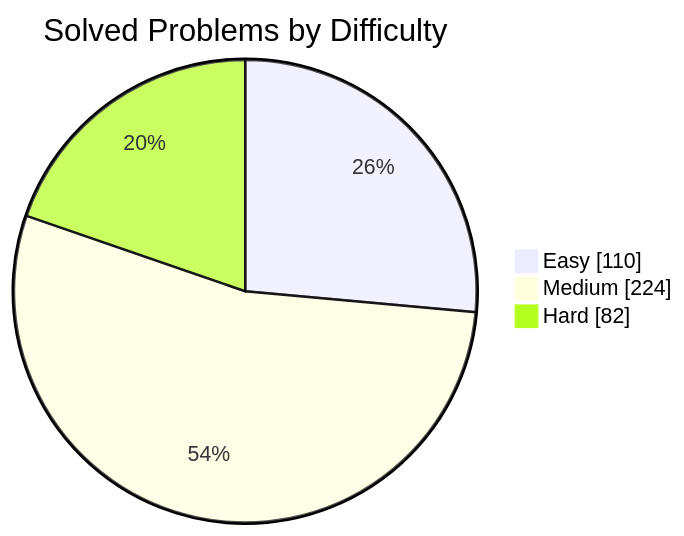
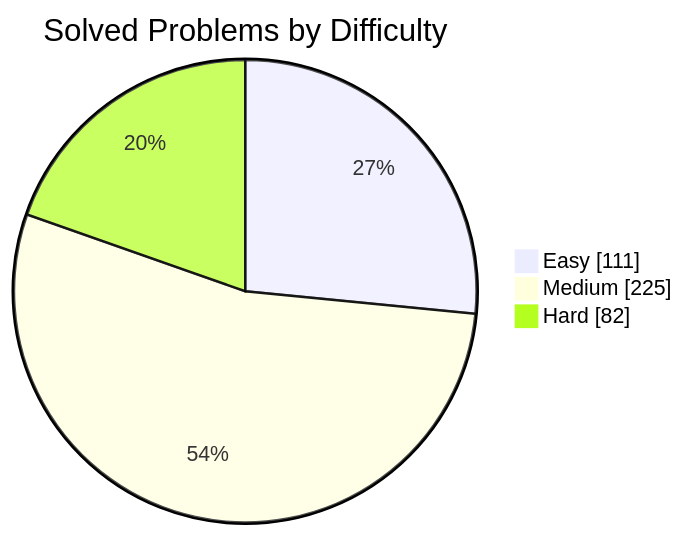
One commit to manikantbindass/DSA-Preparation-FAANG changed the first of 2 diagrams in README.md. Above: the diagram before and after it, drawn with Mermaid. The commit also changed other lines of this file and 1 other file, not shown here.

````diff
--- a/README.md
+++ b/README.md
@@ -77,7 +77,7 @@
 ```mermaid
 pie showData
     title Solved Problems by Difficulty
-    "Easy" : 110
-    "Medium" : 224
+    "Easy" : 111
+    "Medium" : 225
     "Hard" : 82
 ```
````
